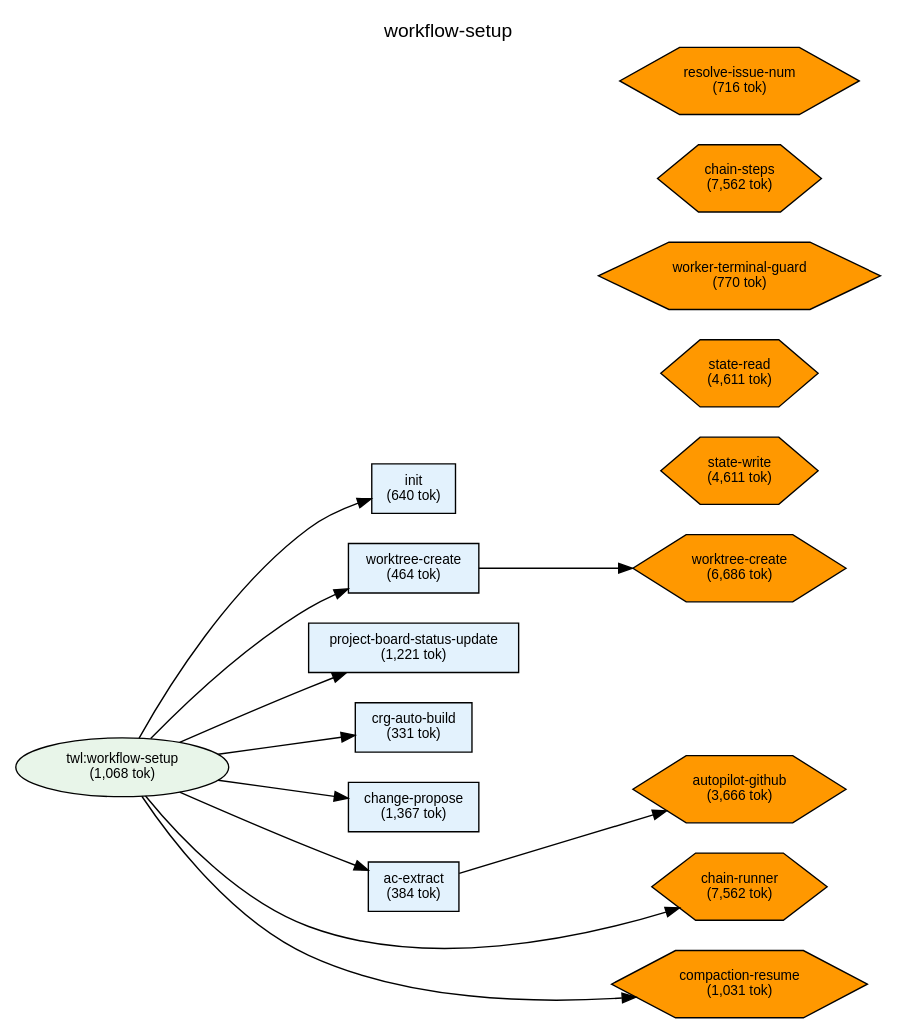
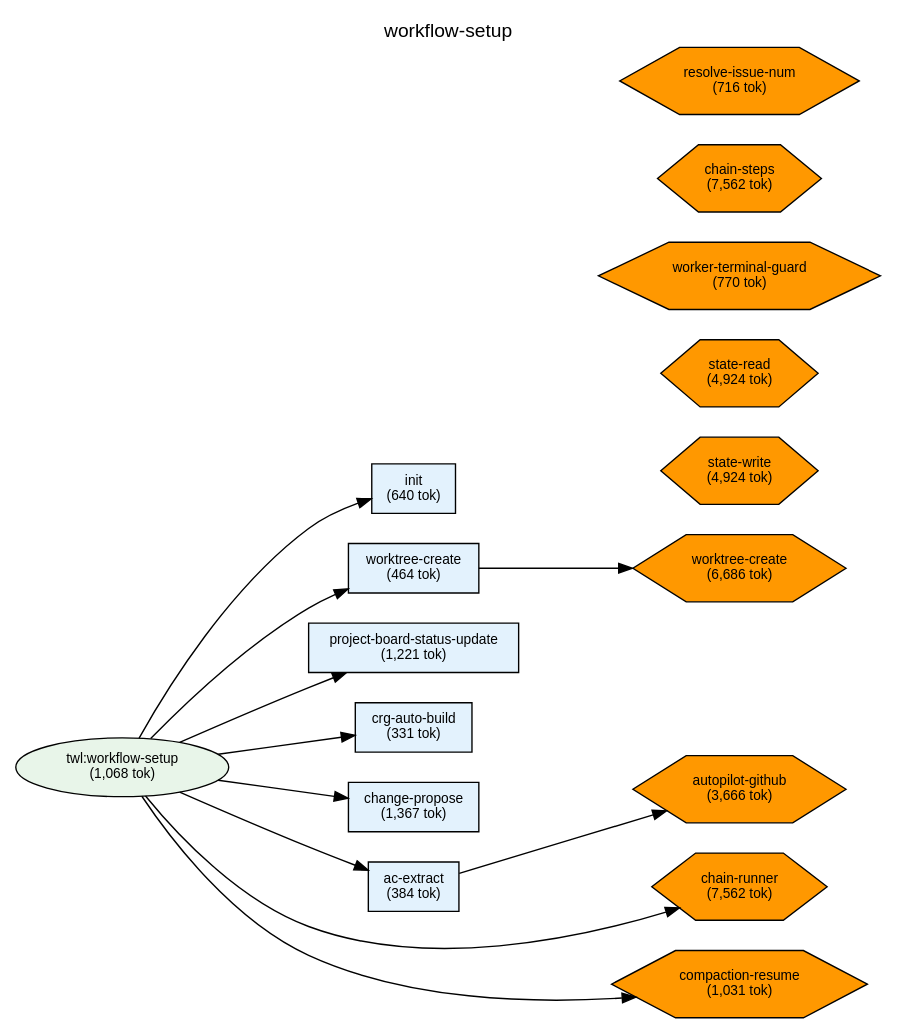
The diagram in plugins/twl/docs/deps-workflow-setup.dot (shuu5/twill), drawn with Graphviz before and after one commit. The commit also changed 11 other files, not shown here.

```diff
--- a/plugins/twl/docs/deps-workflow-setup.dot
+++ b/plugins/twl/docs/deps-workflow-setup.dot
@@ -1,79 +1,79 @@
 digraph Dependencies {
     // Graph settings
     rankdir=LR;
     ranksep=0.8;
     nodesep=0.3;
     fontname="Helvetica";
     node [fontname="Helvetica", fontsize=10];
     edge [fontname="Helvetica", fontsize=9];
     label="workflow-setup";
     labelloc=t;
     fontsize=14;
 
     // L0: Controller Skills
 
     // L0: Launchers
 
     // L0.5: Workflow Skills
     skill_workflow_setup [label="twl:workflow-setup\n(1,068 tok)", shape=ellipse, style=filled, fillcolor="#e8f5e9"];
 
     // Reference Skills
 
     // L1: Direct Commands
     cmd_init [label="init\n(640 tok)", shape=box, style=filled, fillcolor="#e3f2fd"];
     cmd_worktree_create [label="worktree-create\n(464 tok)", shape=box, style=filled, fillcolor="#e3f2fd"];
     cmd_project_board_status_update [label="project-board-status-update\n(1,221 tok)", shape=box, style=filled, fillcolor="#e3f2fd"];
     cmd_crg_auto_build [label="crg-auto-build\n(331 tok)", shape=box, style=filled, fillcolor="#e3f2fd"];
     cmd_change_propose [label="change-propose\n(1,367 tok)", shape=box, style=filled, fillcolor="#e3f2fd"];
     cmd_ac_extract [label="ac-extract\n(384 tok)", shape=box, style=filled, fillcolor="#e3f2fd"];
 
     // L2: Sub Commands
 
     // L3: Agents
 
     // L3.5: Scripts
-    script_state_read [label="state-read\n(4,611 tok)", shape=hexagon, style=filled, fillcolor="#FF9800"];
-    script_state_write [label="state-write\n(4,611 tok)", shape=hexagon, style=filled, fillcolor="#FF9800"];
+    script_state_read [label="state-read\n(4,924 tok)", shape=hexagon, style=filled, fillcolor="#FF9800"];
+    script_state_write [label="state-write\n(4,924 tok)", shape=hexagon, style=filled, fillcolor="#FF9800"];
     script_chain_runner [label="chain-runner\n(7,562 tok)", shape=hexagon, style=filled, fillcolor="#FF9800"];
     script_worker_terminal_guard [label="worker-terminal-guard\n(770 tok)", shape=hexagon, style=filled, fillcolor="#FF9800"];
     script_worktree_create [label="worktree-create\n(6,686 tok)", shape=hexagon, style=filled, fillcolor="#FF9800"];
     script_autopilot_github [label="autopilot-github\n(3,666 tok)", shape=hexagon, style=filled, fillcolor="#FF9800"];
     script_chain_steps [label="chain-steps\n(7,562 tok)", shape=hexagon, style=filled, fillcolor="#FF9800"];
     script_compaction_resume [label="compaction-resume\n(1,031 tok)", shape=hexagon, style=filled, fillcolor="#FF9800"];
     script_resolve_issue_num [label="resolve-issue-num\n(716 tok)", shape=hexagon, style=filled, fillcolor="#FF9800"];
 
     // L4: External
 
     // Layer constraints
     { rank=same; skill_workflow_setup; }
     { rank=same; cmd_init; cmd_worktree_create; cmd_project_board_status_update; cmd_crg_auto_build; cmd_change_propose; cmd_ac_extract; }
     { rank=same; script_state_read; script_state_write; script_chain_runner; script_worker_terminal_guard; script_worktree_create; script_autopilot_github; script_chain_steps; script_compaction_resume; script_resolve_issue_num; }
 
     // Edges
     skill_workflow_setup -> cmd_init;
     skill_workflow_setup -> cmd_worktree_create;
     skill_workflow_setup -> cmd_project_board_status_update;
     skill_workflow_setup -> cmd_crg_auto_build;
     skill_workflow_setup -> cmd_change_propose;
     skill_workflow_setup -> cmd_ac_extract;
     skill_workflow_setup -> script_chain_runner;
     skill_workflow_setup -> script_compaction_resume;
     cmd_worktree_create -> script_worktree_create;
     cmd_ac_extract -> script_autopilot_github;
 
     // Ordering constraints (invisible edges)
     cmd_init -> cmd_worktree_create [style=invis, weight=10];
     cmd_worktree_create -> cmd_project_board_status_update [style=invis, weight=10];
     cmd_project_board_status_update -> cmd_crg_auto_build [style=invis, weight=10];
     cmd_crg_auto_build -> cmd_change_propose [style=invis, weight=10];
     cmd_change_propose -> cmd_ac_extract [style=invis, weight=10];
     cmd_ac_extract -> script_chain_runner [style=invis, weight=10];
     script_chain_runner -> script_compaction_resume [style=invis, weight=10];
     script_chain_runner -> script_compaction_resume [style=invis, weight=10];
     script_chain_runner -> script_compaction_resume [style=invis, weight=10];
     script_chain_runner -> script_compaction_resume [style=invis, weight=10];
     script_state_read -> script_state_write [style=invis, weight=10];
     script_state_read -> script_state_write [style=invis, weight=10];
     script_state_read -> script_state_write [style=invis, weight=10];
 
 }
```
